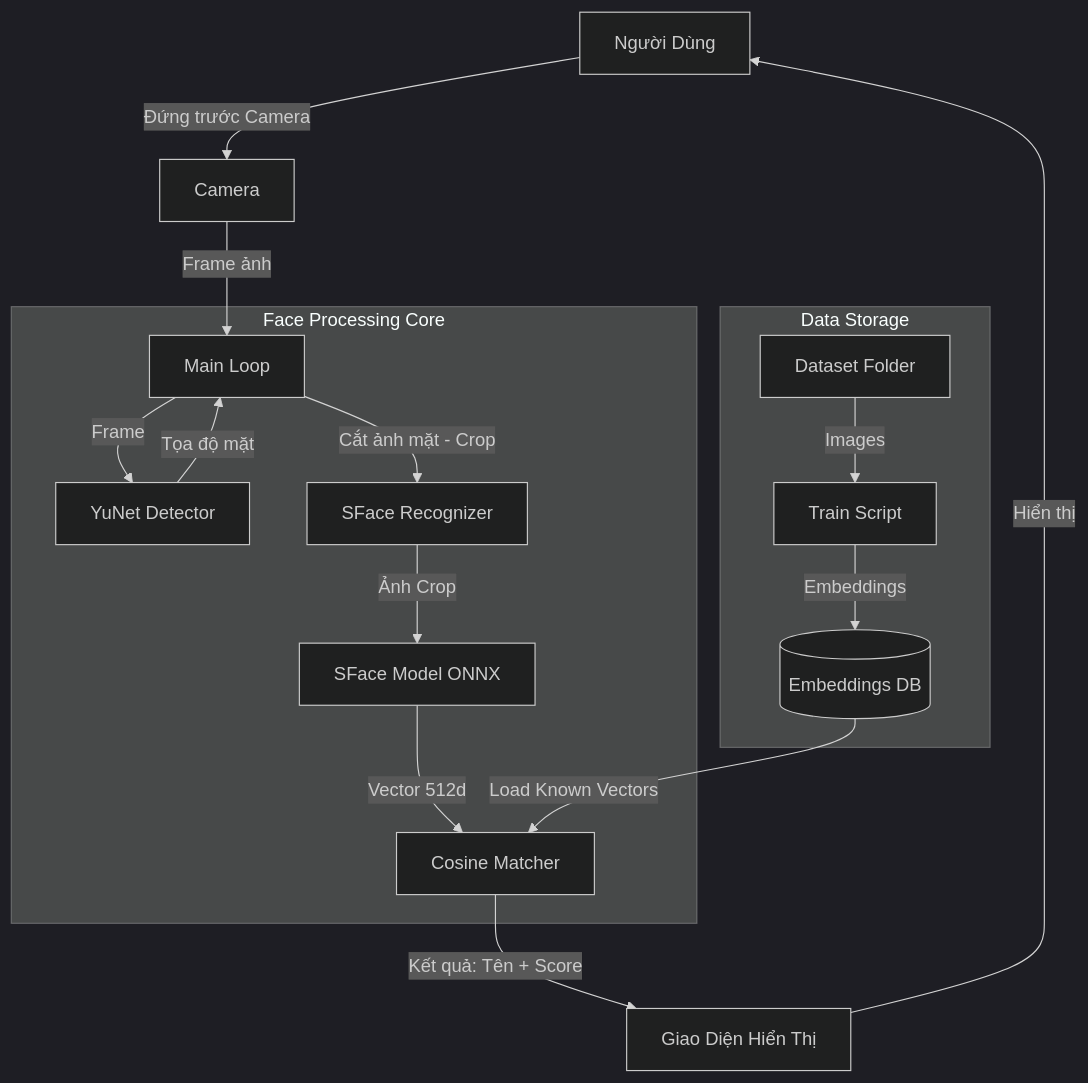
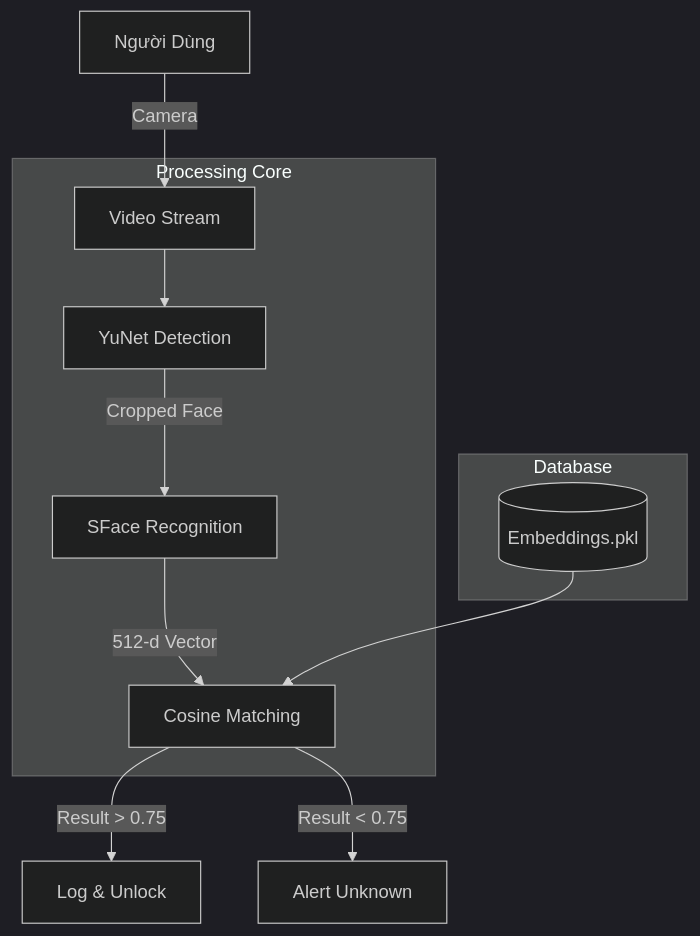
One commit to Johnyyd/Face-Access-Control changed the first of 4 diagrams in REPORT.md. Above: the diagram before and after it, drawn with Mermaid (dark theme). The commit also changed other lines of this file, not shown here.

````diff
--- a/REPORT.md
+++ b/REPORT.md
@@ -175,23 +70,17 @@
 ```mermaid
 graph TD
-    User[Người Dùng] -->|Đứng trước Camera| Cam[Camera]
-    Cam -->|Frame ảnh| MainLoop[Main Loop]
+    User[Người Dùng] -->|Camera| Stream[Video Stream]
 
-    subgraph "Face Processing Core"
-        MainLoop -->|Frame| Detector[YuNet Detector]
-        Detector -->|Tọa độ mặt| MainLoop
-        MainLoop -->|Cắt ảnh mặt - Crop| Recognizer[SFace Recognizer]
-
-        Recognizer -->|Ảnh Crop| FeatureExtract[SFace Model ONNX]
-        FeatureExtract -->|Vector 512d| Matcher[Cosine Matcher]
+    subgraph "Processing Core"
+        Stream --> Detect[YuNet Detection]
+        Detect -->|Cropped Face| Recog[SFace Recognition]
+        Recog -->|512-d Vector| Match[Cosine Matching]
     end
 
-    subgraph "Data Storage"
-        Dataset[Dataset Folder] -->|Images| Trainer[Train Script]
-        Trainer -->|Embeddings| DB[(Embeddings DB)]
-        DB -->|Load Known Vectors| Matcher
+    subgraph "Database"
+        Encodings[(Embeddings.pkl)] --> Match
     end
 
-    Matcher -->|Kết quả: Tên + Score| UI[Giao Diện Hiển Thị]
-    UI -->|Hiển thị| User
+    Match -->|Result > 0.75| Action[Log & Unlock]
+    Match -->|Result < 0.75| Unknown[Alert Unknown]
 ```
````
